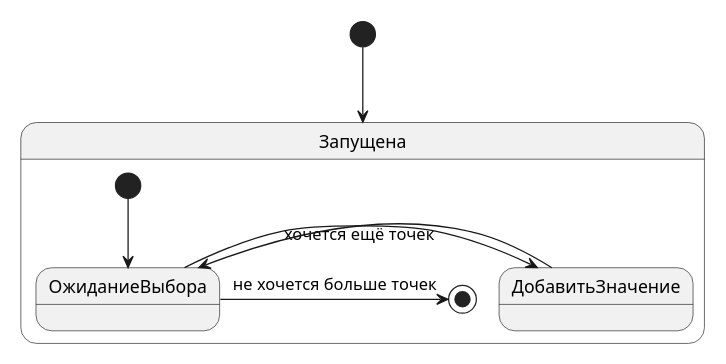
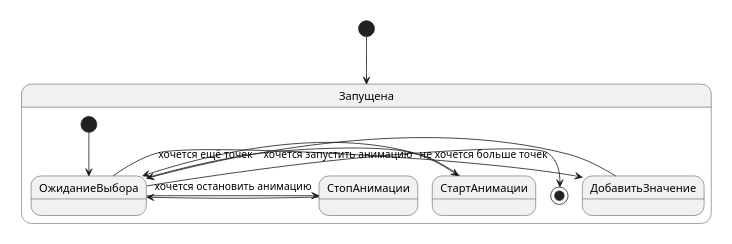
Before and after one commit to luvelayn/gtk_proj: the diagram in doc/state.md, drawn with PlantUML. The commit also changed 4 other files, not shown here.

````diff
--- a/doc/state.md
+++ b/doc/state.md
@@ -3,13 +3,17 @@
 ```plantuml
 
 scale 350 width
 [*] --> Запущена
 
 state Запущена {
   [*] --> ОжиданиеВыбора
   ОжиданиеВыбора -> ДобавитьЗначение: хочется ещё точек
   ОжиданиеВыбора -> [*]: не хочется больше точек
+  ОжиданиеВыбора -> СтартАнимации: хочется запустить анимацию
+  ОжиданиеВыбора -> СтопАнимации: хочется остановить анимацию
   ДобавитьЗначение -> ОжиданиеВыбора
+  СтартАнимации -> ОжиданиеВыбора
+  СтопАнимации -> ОжиданиеВыбора
 }
 
 ```
````
